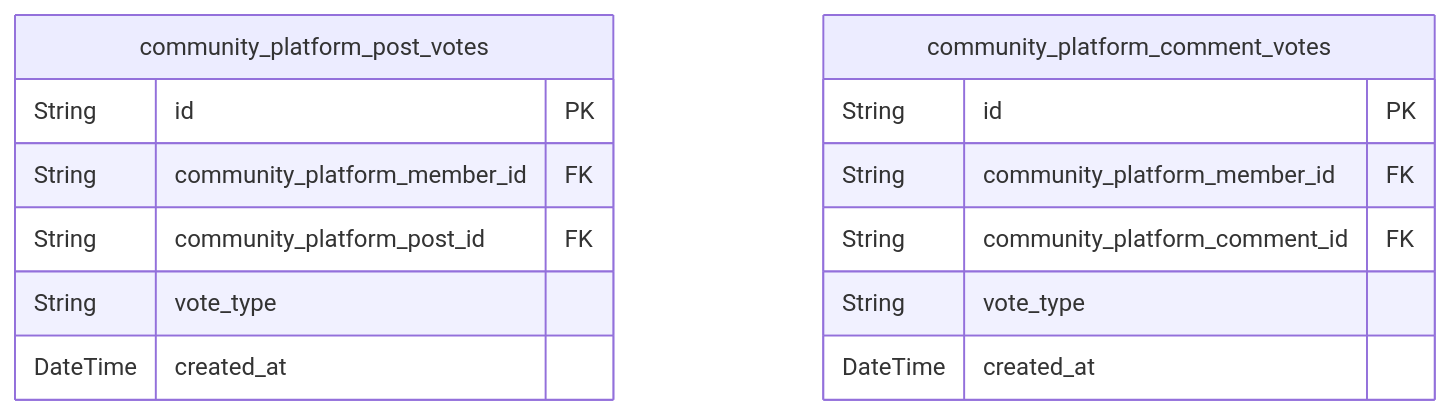
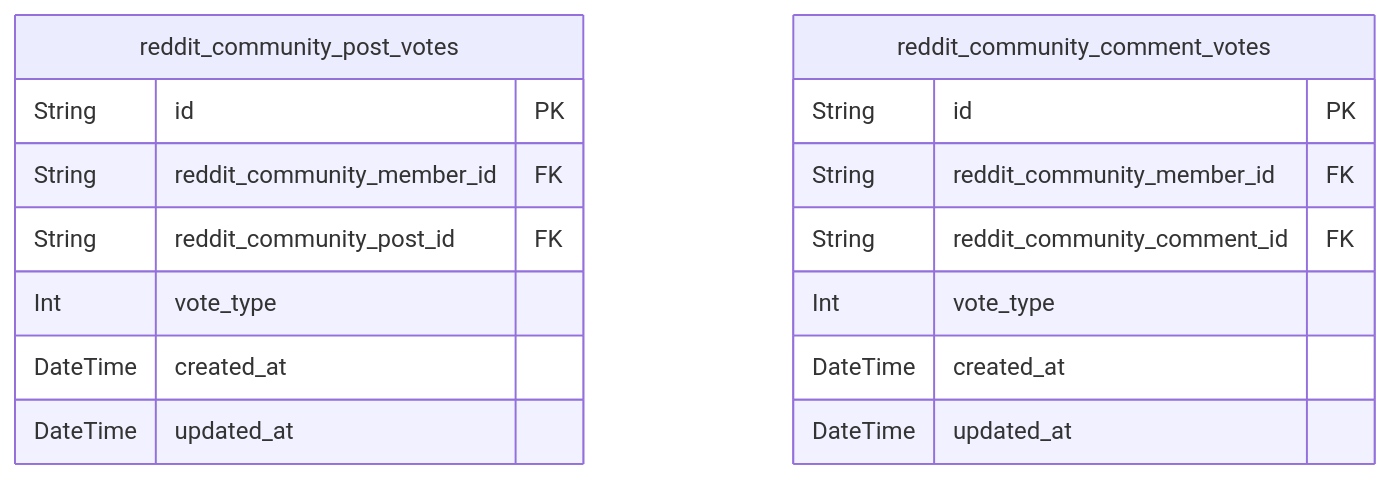
Before and after one commit to wrtnlabs/autobe-examples: the fourth of 6 diagrams in anthropic/claude-sonnet-4.5/reddit/docs/ERD.md, drawn with Mermaid. The commit also changed other lines of this file and 22498 other files, not shown here.

````diff
--- a/anthropic/claude-sonnet-4.5/reddit/docs/ERD.md
+++ b/anthropic/claude-sonnet-4.5/reddit/docs/ERD.md
@@ -780,17 +820,19 @@
 ```mermaid
 erDiagram
-"community_platform_post_votes" {
+"reddit_community_post_votes" {
   String id PK
-  String community_platform_member_id FK
-  String community_platform_post_id FK
-  String vote_type
+  String reddit_community_member_id FK
+  String reddit_community_post_id FK
+  Int vote_type
   DateTime created_at
+  DateTime updated_at
 }
-"community_platform_comment_votes" {
+"reddit_community_comment_votes" {
   String id PK
-  String community_platform_member_id FK
-  String community_platform_comment_id FK
-  String vote_type
+  String reddit_community_member_id FK
+  String reddit_community_comment_id FK
+  Int vote_type
   DateTime created_at
+  DateTime updated_at
 }
 ```
````
